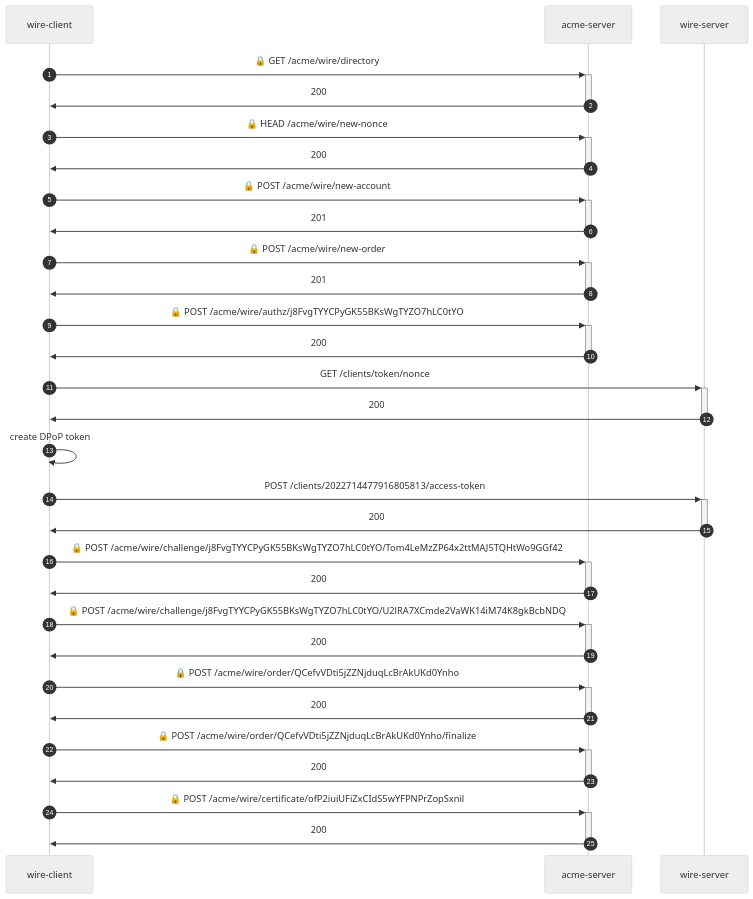
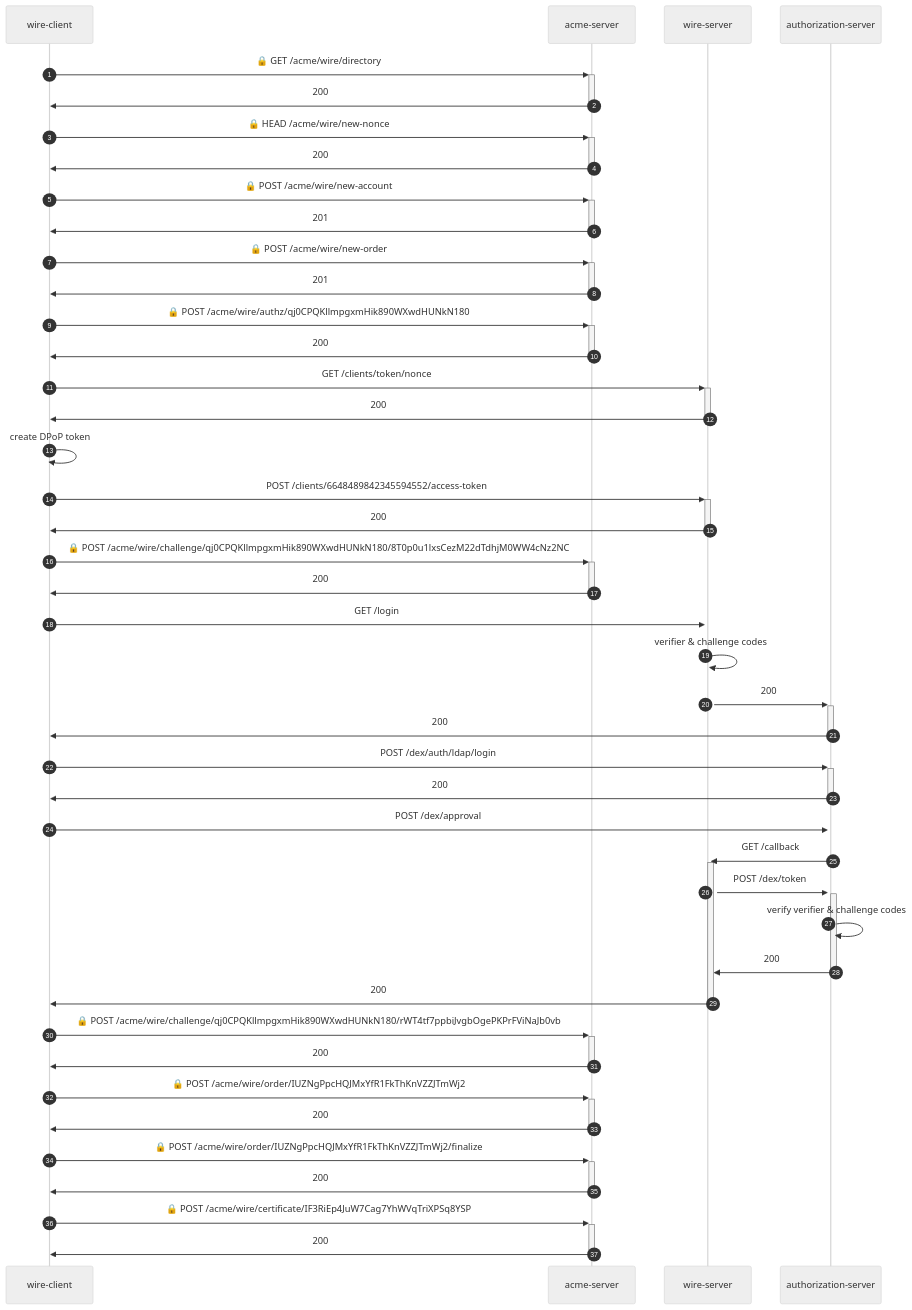
Before and after one commit to wireapp/rusty-jwt-tools: the diagram in e2e-identity/README.md, drawn with Mermaid (neutral theme). The commit also changed other lines of this file and 13 other files, not shown here.

````diff
--- a/e2e-identity/README.md
+++ b/e2e-identity/README.md
@@ -3,29 +3,41 @@
 ```mermaid
 sequenceDiagram
     autonumber
     wire-client->>+acme-server: 🔒 GET /acme/wire/directory
     acme-server->>-wire-client: 200
     wire-client->>+acme-server: 🔒 HEAD /acme/wire/new-nonce
     acme-server->>-wire-client: 200
     wire-client->>+acme-server: 🔒 POST /acme/wire/new-account
     acme-server->>-wire-client: 201
     wire-client->>+acme-server: 🔒 POST /acme/wire/new-order
     acme-server->>-wire-client: 201
-    wire-client->>+acme-server: 🔒 POST /acme/wire/authz/j8FvgTYYCPyGK55BKsWgTYZO7hLC0tYO
+    wire-client->>+acme-server: 🔒 POST /acme/wire/authz/qj0CPQKllmpgxmHik890WXwdHUNkN180
     acme-server->>-wire-client: 200
     wire-client->>+wire-server:  GET /clients/token/nonce
     wire-server->>-wire-client: 200
     wire-client->>wire-client: create DPoP token
-    wire-client->>+wire-server:  POST /clients/2022714477916805813/access-token
+    wire-client->>+wire-server:  POST /clients/6648489842345594552/access-token
     wire-server->>-wire-client: 200
-    wire-client->>+acme-server: 🔒 POST /acme/wire/challenge/j8FvgTYYCPyGK55BKsWgTYZO7hLC0tYO/Tom4LeMzZP64x2ttMAJ5TQHtWo9GGf42
+    wire-client->>+acme-server: 🔒 POST /acme/wire/challenge/qj0CPQKllmpgxmHik890WXwdHUNkN180/8T0p0u1lxsCezM22dTdhjM0WW4cNz2NC
     acme-server->>-wire-client: 200
-    wire-client->>+acme-server: 🔒 POST /acme/wire/challenge/j8FvgTYYCPyGK55BKsWgTYZO7hLC0tYO/U2lRA7XCmde2VaWK14iM74K8gkBcbNDQ
+    wire-client->>+wire-server:  GET /login
+    wire-server->>wire-server: verifier & challenge codes
+    wire-server->>+authorization-server:  200
+    authorization-server->>-wire-client: 200
+    wire-client->>+authorization-server:  POST /dex/auth/ldap/login
+    authorization-server->>-wire-client: 200
+    wire-client->>+authorization-server:  POST /dex/approval
+    authorization-server->>+wire-server:  GET /callback
+    wire-server->>+authorization-server:  POST /dex/token
+    authorization-server->>authorization-server: verify verifier & challenge codes
+    authorization-server->>-wire-server: 200
+    wire-server->>-wire-client: 200
+    wire-client->>+acme-server: 🔒 POST /acme/wire/challenge/qj0CPQKllmpgxmHik890WXwdHUNkN180/rWT4tf7ppbiJvgbOgePKPrFViNaJb0vb
     acme-server->>-wire-client: 200
-    wire-client->>+acme-server: 🔒 POST /acme/wire/order/QCefvVDti5jZZNjduqLcBrAkUKd0Ynho
+    wire-client->>+acme-server: 🔒 POST /acme/wire/order/IUZNgPpcHQJMxYfR1FkThKnVZZJTmWj2
     acme-server->>-wire-client: 200
-    wire-client->>+acme-server: 🔒 POST /acme/wire/order/QCefvVDti5jZZNjduqLcBrAkUKd0Ynho/finalize
+    wire-client->>+acme-server: 🔒 POST /acme/wire/order/IUZNgPpcHQJMxYfR1FkThKnVZZJTmWj2/finalize
     acme-server->>-wire-client: 200
-    wire-client->>+acme-server: 🔒 POST /acme/wire/certificate/ofP2iuiUFiZxCIdS5wYFPNPrZopSxnil
+    wire-client->>+acme-server: 🔒 POST /acme/wire/certificate/IF3RiEp4JuW7Cag7YhWVqTriXPSq8YSP
     acme-server->>-wire-client: 200
 ```
````
